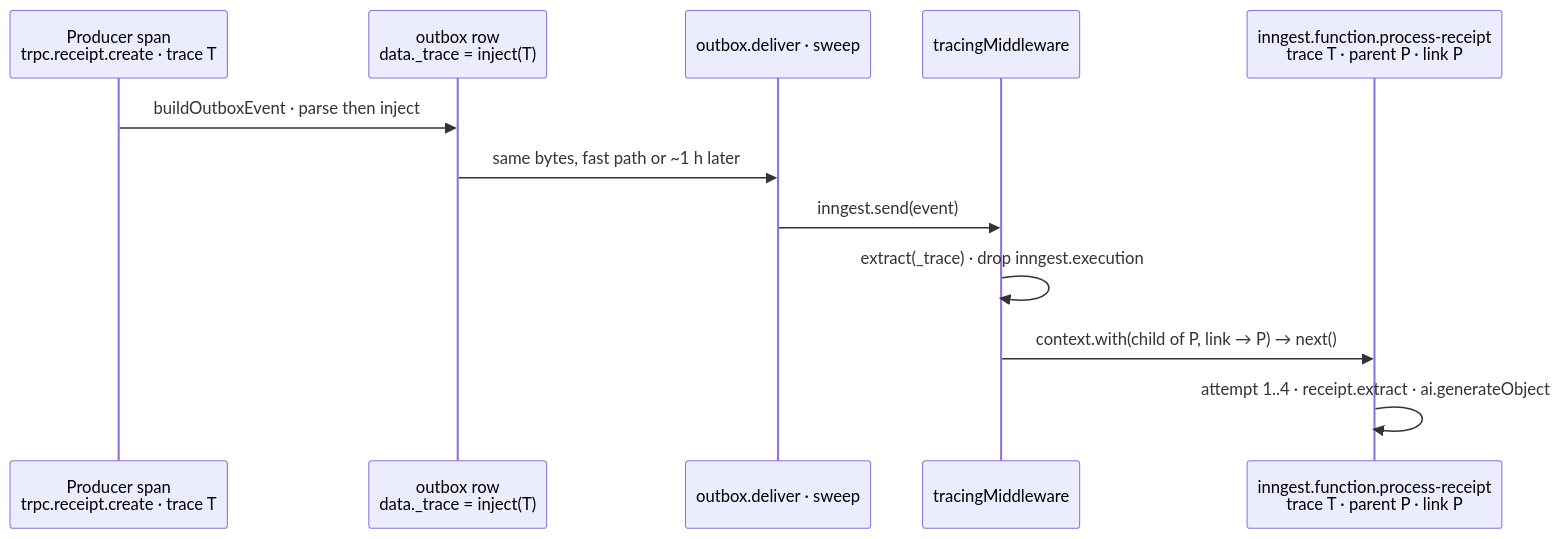
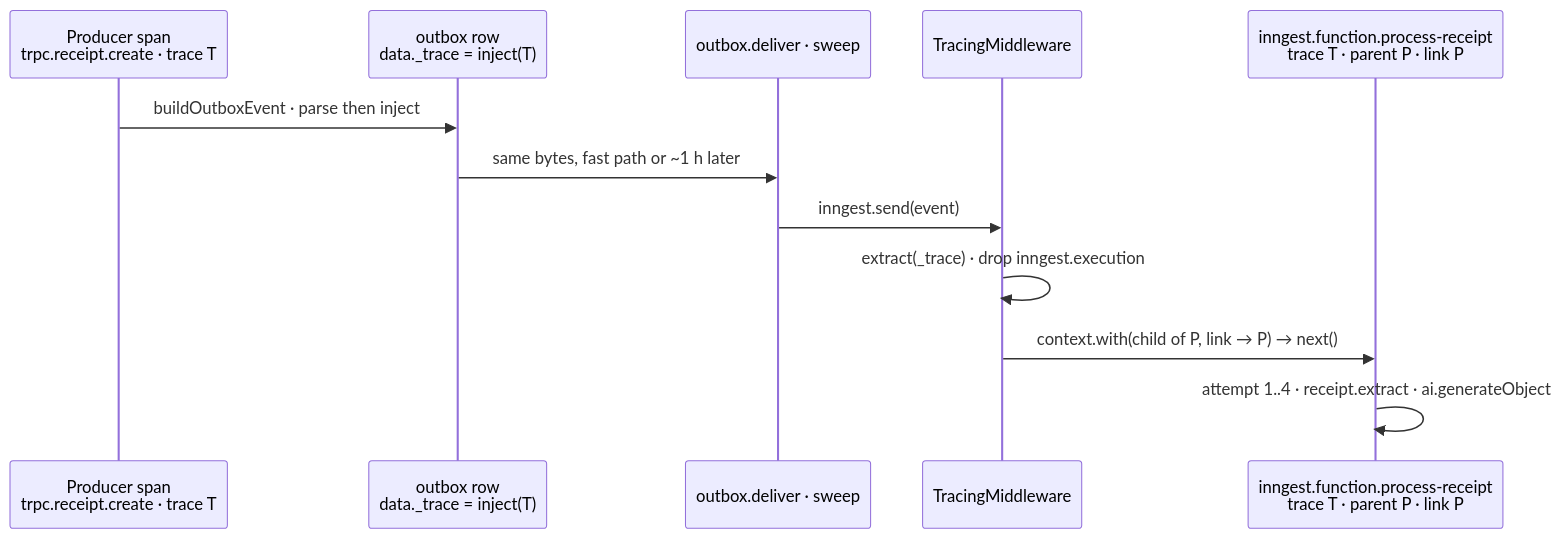
One commit to samjmarshall/personal-finance changed the diagram in docs/adr/adr016-trace-context-in-outbox-payload.md. Above: the diagram before and after it, drawn with Mermaid. The commit also changed other lines of this file and 7 other files, not shown here.

````diff
--- a/docs/adr/adr016-trace-context-in-outbox-payload.md
+++ b/docs/adr/adr016-trace-context-in-outbox-payload.md
@@ -83,14 +83,14 @@
 ```mermaid
 sequenceDiagram
   participant P as Producer span<br/>trpc.receipt.create · trace T
   participant O as outbox row<br/>data._trace = inject(T)
   participant D as outbox.deliver · sweep
-  participant M as tracingMiddleware
+  participant M as TracingMiddleware
   participant R as inngest.function.process-receipt<br/>trace T · parent P · link P
   P->>O: buildOutboxEvent · parse then inject
   O->>D: same bytes, fast path or ~1 h later
   D->>M: inngest.send(event)
   M->>M: extract(_trace) · drop inngest.execution
   M->>R: context.with(child of P, link → P) → next()
   R->>R: attempt 1..4 · receipt.extract · ai.generateObject
 ```
````
